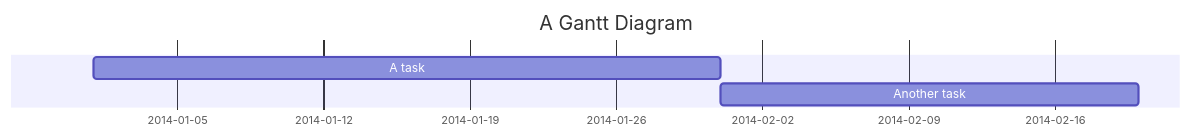
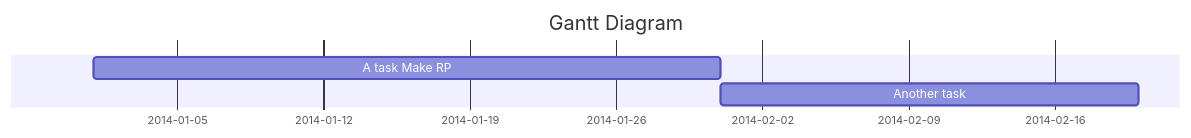
One commit to safwasd/iodraw-files changed the diagram in all/代码甘特图.md. Above: the diagram before and after it, drawn with Mermaid.

Commit message:
2024-09-28 14:56:23 update

````diff
--- a/all/代码甘特图.md
+++ b/all/代码甘特图.md
@@ -1,10 +1,10 @@
 ```mermaid
 gantt
-    title A Gantt Diagram
+    title Gantt Diagram
     dateFormat  YYYY-MM-DD
     section  
-    A task           :a1, 2014-01-01, 30d
+    A task Make RP          :a1, 2014-01-01, 30d
     Another task     :after a1  , 20d
     
             
 ```
````
